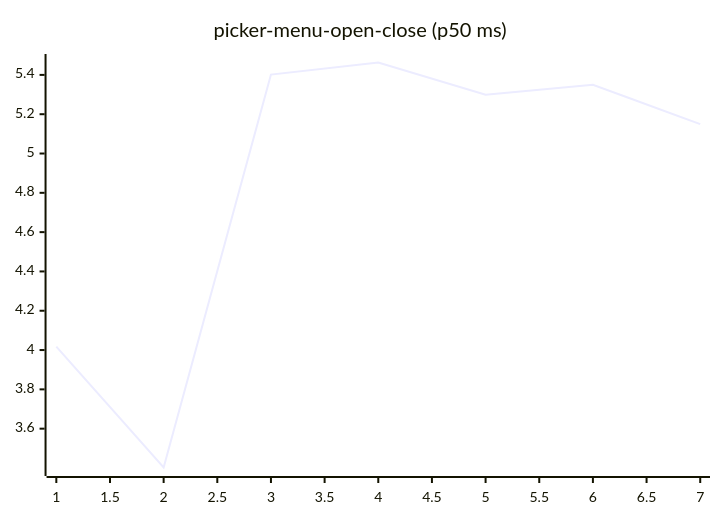
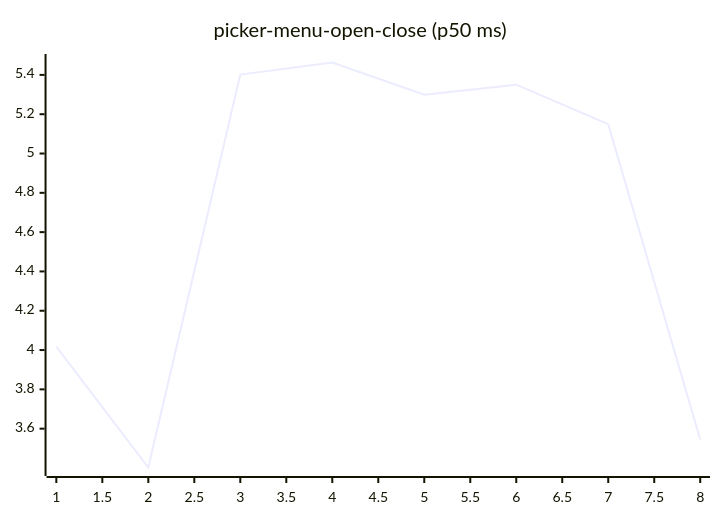
Diagram 16 of 27 in README.md (josha/Facet), drawn with Mermaid before and after one commit. The commit also changed other lines of this file and 2 other files, not shown here.

````diff
--- a/README.md
+++ b/README.md
@@ -168,6 +168,6 @@
 ```mermaid
 xychart-beta
     title "picker-menu-open-close (p50 ms)"
-    x-axis 1 --> 7
-    line [4.0174, 3.4024, 5.4017, 5.4631, 5.2994, 5.3502, 5.1493]
+    x-axis 1 --> 8
+    line [4.0174, 3.4024, 5.4017, 5.4631, 5.2994, 5.3502, 5.1493, 3.5447]
 ```
````
